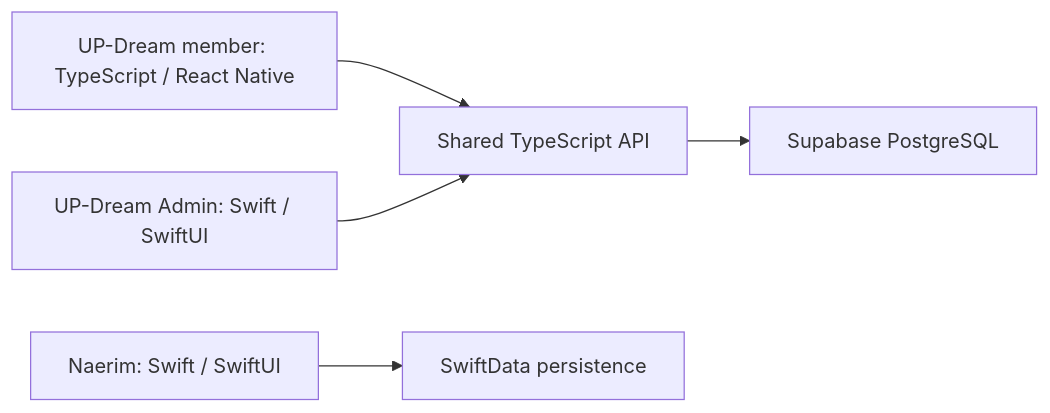
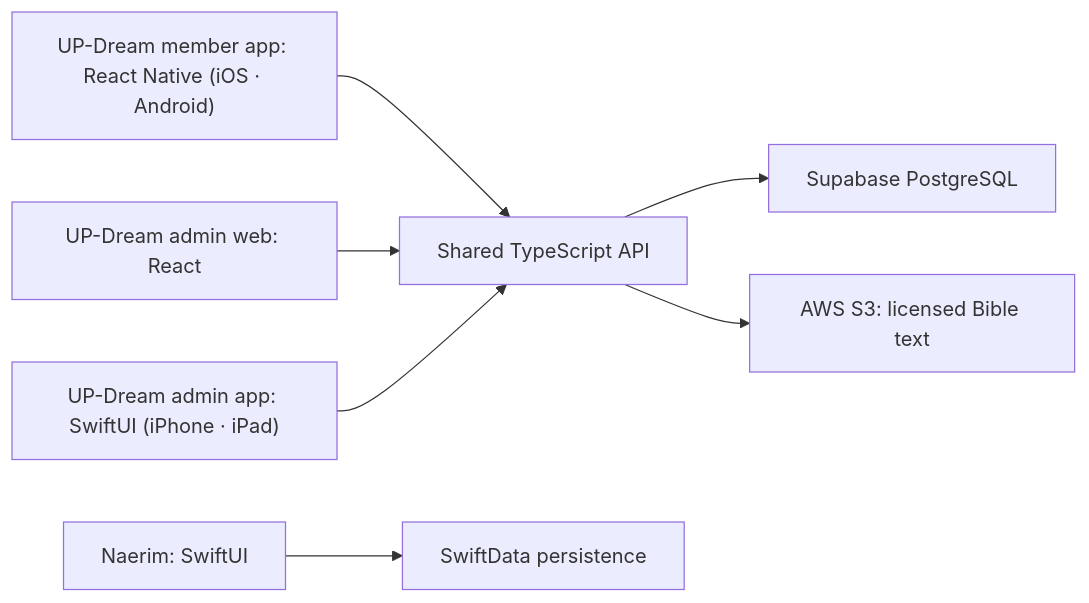
One commit to suheon927/suheon927 changed the diagram in README.md. Above: the diagram before and after it, drawn with Mermaid. The commit also changed other lines of this file and 1 other file, not shown here.

First line of the commit message:
Update profile for Japan job search: Android release, admin web, usage, AI case

````diff
--- a/README.md
+++ b/README.md
@@ -62,7 +77,9 @@
 ```mermaid
 flowchart LR
-    Member["UP-Dream member: TypeScript / React Native"] --> API["Shared TypeScript API"]
-    Admin["UP-Dream Admin: Swift / SwiftUI"] --> API
+    Member["UP-Dream member app: React Native (iOS · Android)"] --> API["Shared TypeScript API"]
+    Web["UP-Dream admin web: React"] --> API
+    Admin["UP-Dream admin app: SwiftUI (iPhone · iPad)"] --> API
     API --> PG["Supabase PostgreSQL"]
-    Naerim["Naerim: Swift / SwiftUI"] --> Local["SwiftData persistence"]
+    API --> S3["AWS S3: licensed Bible text"]
+    Naerim["Naerim: SwiftUI"] --> Local["SwiftData persistence"]
 ```
````
